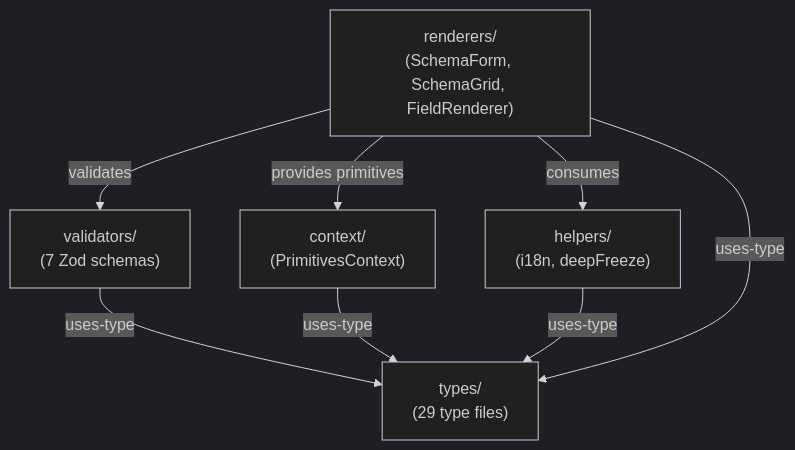
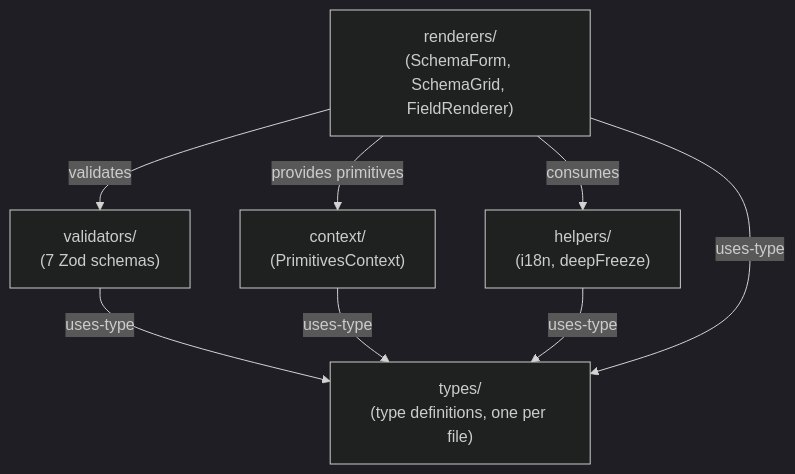
The first of 3 diagrams in docs/context-map.md (WianVDM/schema-framework), drawn with Mermaid (dark theme) before and after one commit. The commit also changed other lines of this file and 7 other files, not shown here.

````diff
--- a/docs/context-map.md
+++ b/docs/context-map.md
@@ -21,16 +21,16 @@
 ```mermaid
 graph TD
-    types["types/<br/>(29 type files)"]
+    types["types/<br/>(type definitions, one per file)"]
     validators["validators/<br/>(7 Zod schemas)"]
     context["context/<br/>(PrimitivesContext)"]
     helpers["helpers/<br/>(i18n, deepFreeze)"]
     renderers["renderers/<br/>(SchemaForm, SchemaGrid, FieldRenderer)"]
 
     validators -->|uses-type| types
     context -->|uses-type| types
     helpers -->|uses-type| types
     renderers -->|uses-type| types
     renderers -->|validates| validators
     renderers -->|provides primitives| context
     renderers -->|consumes| helpers
 ```
````
